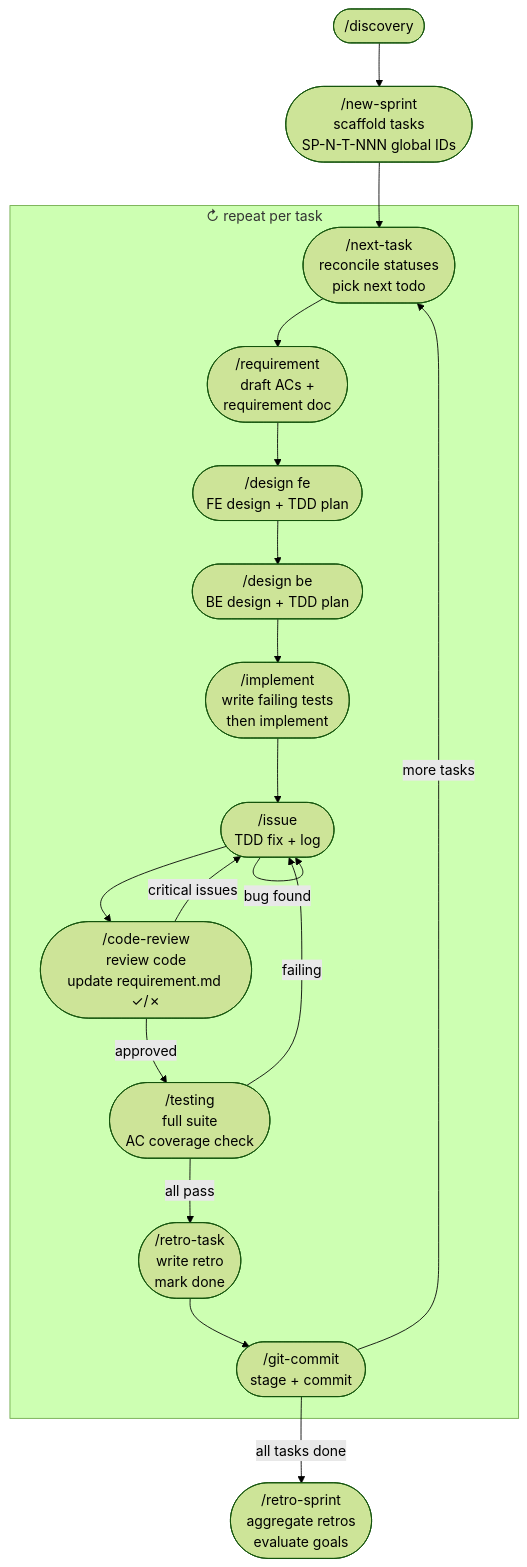
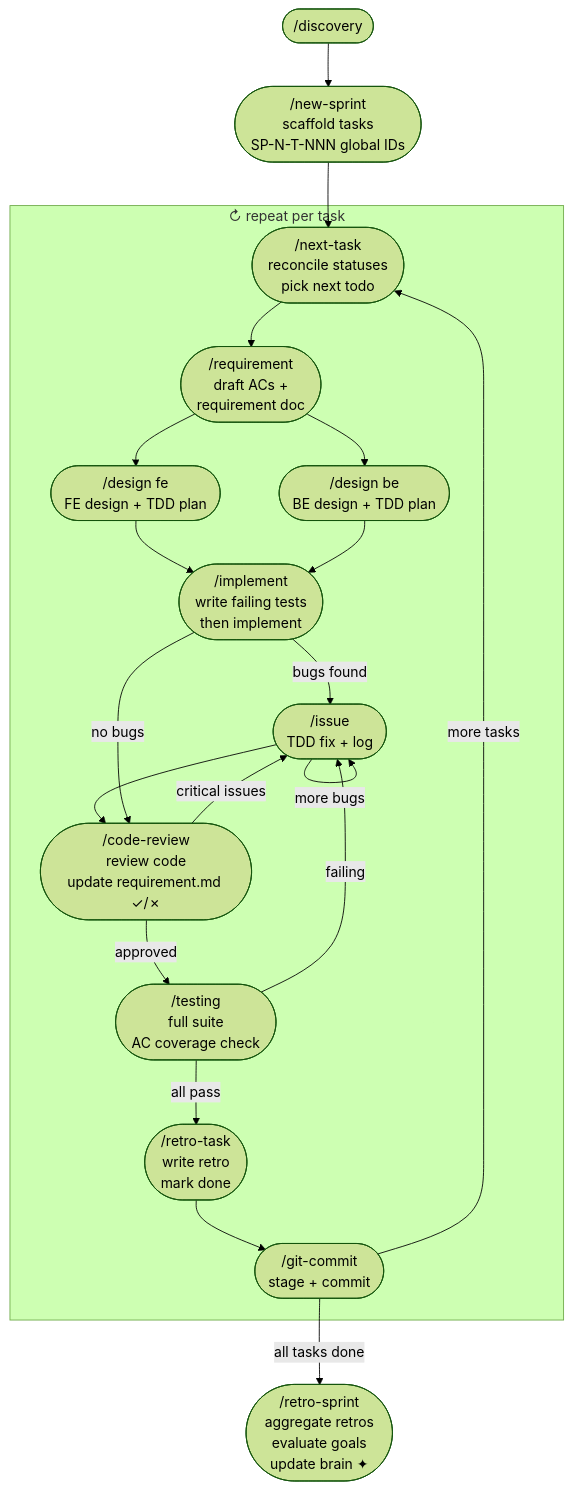
One commit to Maximumsoft-Co-LTD/claude-foundation-template changed the diagram in docs/_WORKFLOW.md. Above: the diagram before and after it, drawn with Mermaid (forest theme). The commit also changed other lines of this file and 10 other files, not shown here.

````diff
--- a/docs/_WORKFLOW.md
+++ b/docs/_WORKFLOW.md
@@ -7,24 +7,26 @@
 ```mermaid
 flowchart TD
     A([/discovery]) --> B([/new-sprint\nscaffold tasks\nSP-N-T-NNN global IDs])
 
     B --> C
 
     subgraph TASK ["↻ repeat per task"]
         C([/next-task\nreconcile statuses\npick next todo]) --> R([/requirement\ndraft ACs +\nrequirement doc])
         R --> D([/design fe\nFE design + TDD plan])
-        D --> E([/design be\nBE design + TDD plan])
-        E --> F([/implement\nwrite failing tests\nthen implement])
-        F --> G([/issue\nTDD fix + log])
-        G -->|bug found| G
-        G --> H([/code-review\nreview code\nupdate requirement.md ✓/✗])
-        H -->|critical issues| G
+        R --> E([/design be\nBE design + TDD plan])
+        D --> F
+        E --> F
+        F([/implement\nwrite failing tests\nthen implement]) -->|bugs found| G([/issue\nTDD fix + log])
+        G -->|more bugs| G
+        G --> H
+        F -->|no bugs| H
+        H([/code-review\nreview code\nupdate requirement.md ✓/✗]) -->|critical issues| G
         H -->|approved| I([/testing\nfull suite\nAC coverage check])
         I -->|failing| G
         I -->|all pass| J([/retro-task\nwrite retro\nmark done])
         J --> K([/git-commit\nstage + commit])
         K -->|more tasks| C
     end
 
-    K -->|all tasks done| L([/retro-sprint\naggregate retros\nevaluate goals])
+    K -->|all tasks done| L([/retro-sprint\naggregate retros\nevaluate goals\nupdate brain ✦])
 ```
````
